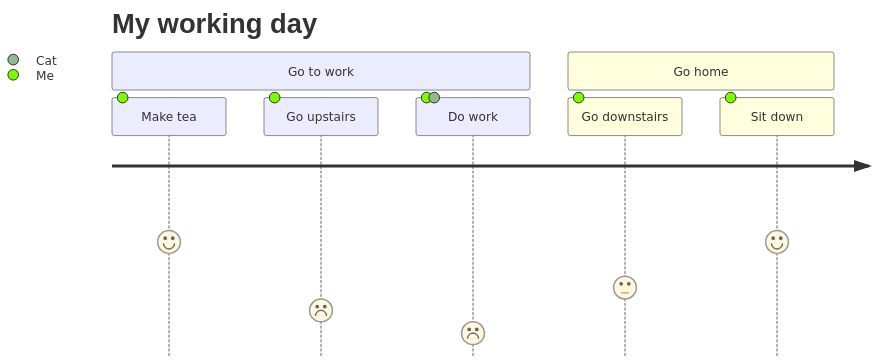
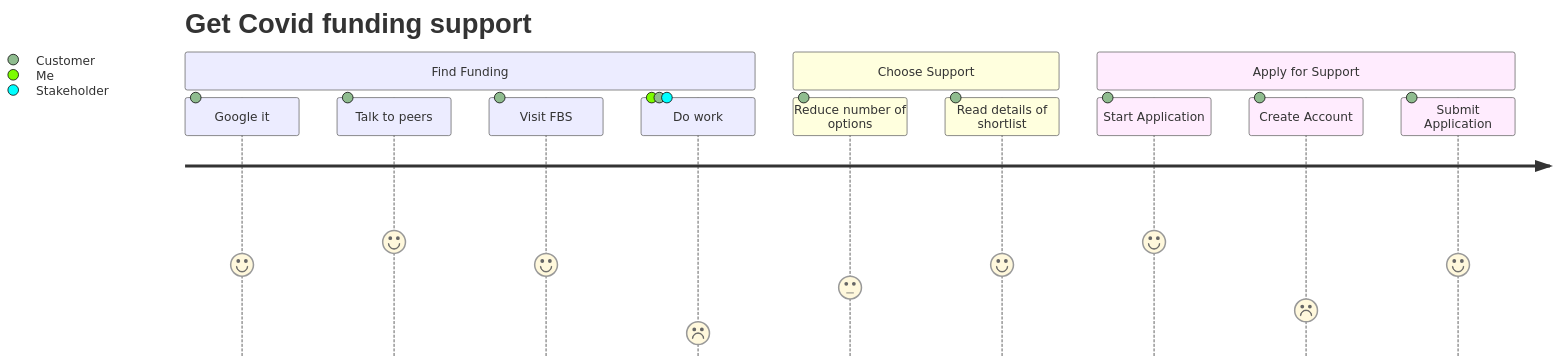
The second of 2 diagrams in journey.md (scotentSD/testing), drawn with Mermaid before and after one commit. The commit also changed other lines of this file, not shown here.

Commit message:
Update journey.md
mk

```diff
--- a/journey.md
+++ b/journey.md
@@ -9,11 +9,16 @@
 <div class="mermaid">
 journey
-    title My working day
-    section Go to work
-      Make tea: 5: Me
-      Go upstairs: 2: Me
-      Do work: 1: Me, Cat
-    section Go home
-      Go downstairs: 3: Me
-      Sit down: 5: Me
+    title Get Covid funding support
+    section Find Funding
+      Google it: 4: Customer
+      Talk to peers: 5: Customer
+      Visit FBS: 4: Customer
+      Do work: 1: Me, Customer, Stakeholder
+    section Choose Support
+      Reduce number of options: 3: Customer
+      Read details of shortlist: 4: Customer
+    section Apply for Support
+      Start Application: 5: Customer
+      Create Account: 2: Customer
+      Submit Application: 4: Customer
 </div>
```
